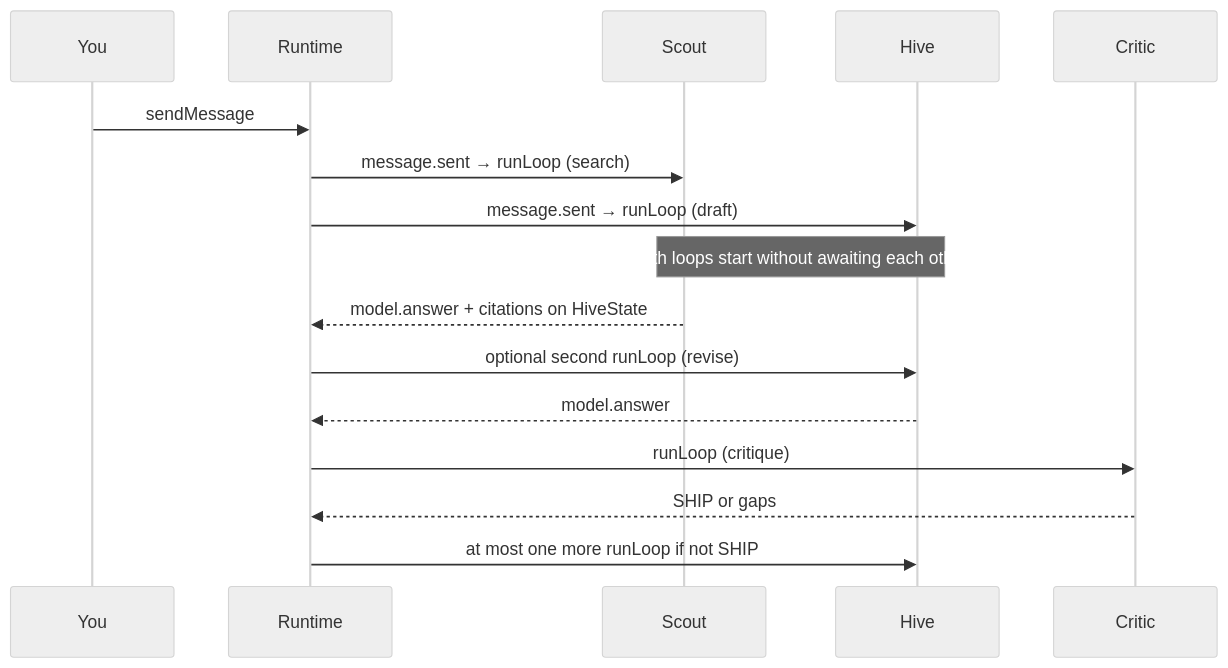
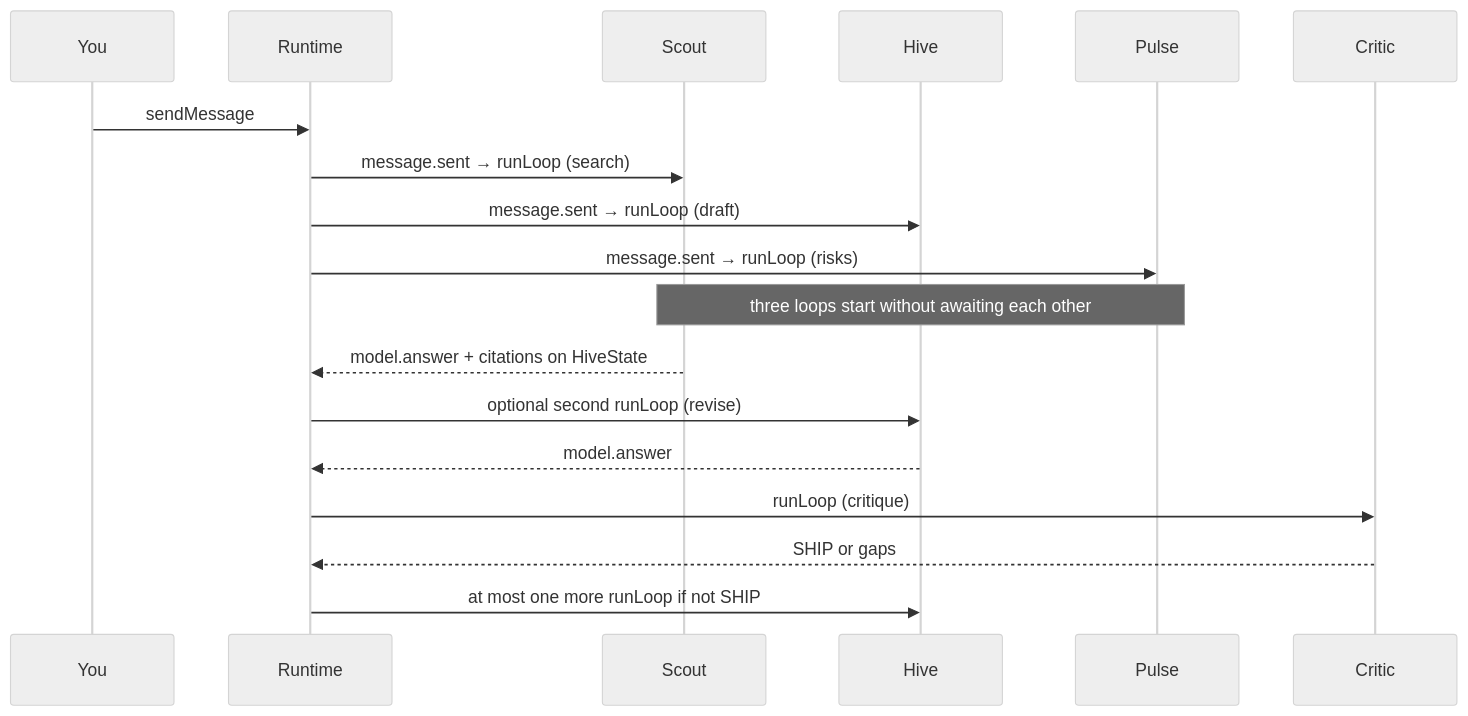
One commit to samkomedved319-dev/HiveSOURCE changed the diagram in HACKATHON.md. Above: the diagram before and after it, drawn with Mermaid (neutral theme). The commit also changed other lines of this file and 14 other files, not shown here.

First line of the commit message:
Show three overlapping runLoops plus Sentry interception

````diff
--- a/HACKATHON.md
+++ b/HACKATHON.md
@@ -31,18 +33,20 @@
 ```mermaid
 sequenceDiagram
   participant You
   participant Runtime
   participant Scout
   participant Hive
+  participant Pulse
   participant Critic
   You->>Runtime: sendMessage
   Runtime->>Scout: message.sent → runLoop (search)
   Runtime->>Hive: message.sent → runLoop (draft)
-  Note over Scout,Hive: both loops start without awaiting each other
+  Runtime->>Pulse: message.sent → runLoop (risks)
+  Note over Scout,Pulse: three loops start without awaiting each other
   Scout-->>Runtime: model.answer + citations on HiveState
   Runtime->>Hive: optional second runLoop (revise)
   Hive-->>Runtime: model.answer
   Runtime->>Critic: runLoop (critique)
   Critic-->>Runtime: SHIP or gaps
   Runtime->>Hive: at most one more runLoop if not SHIP
 ```
````
